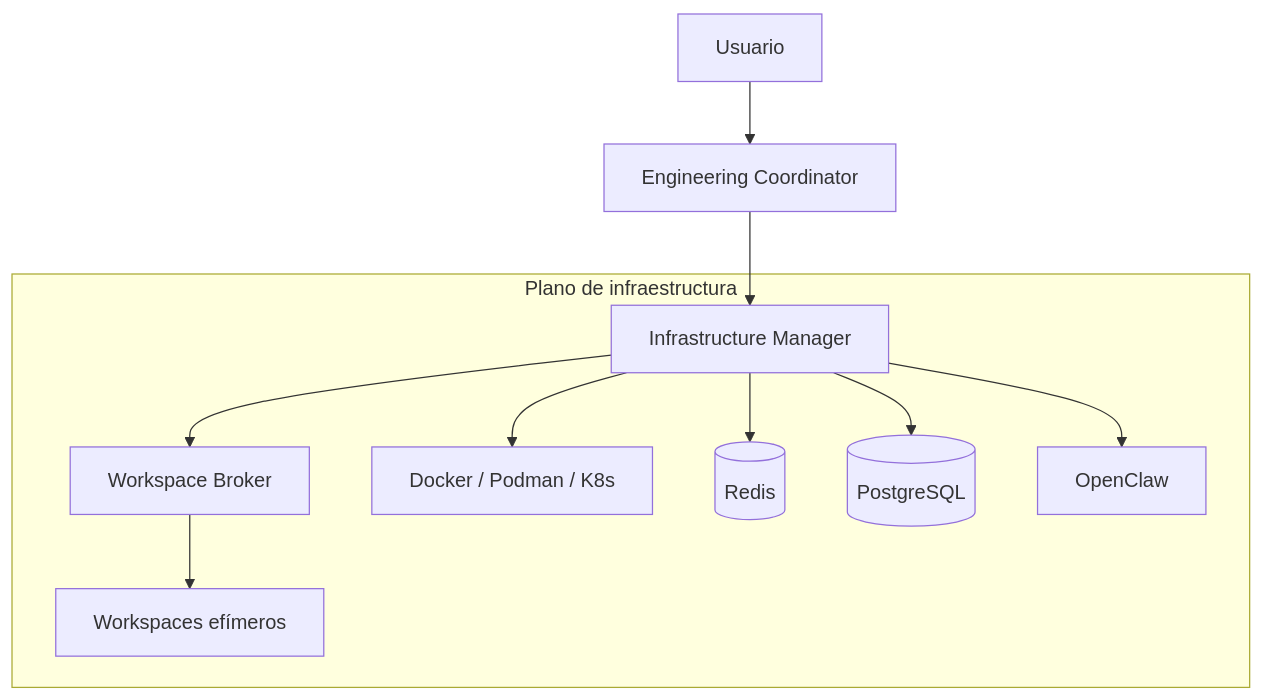
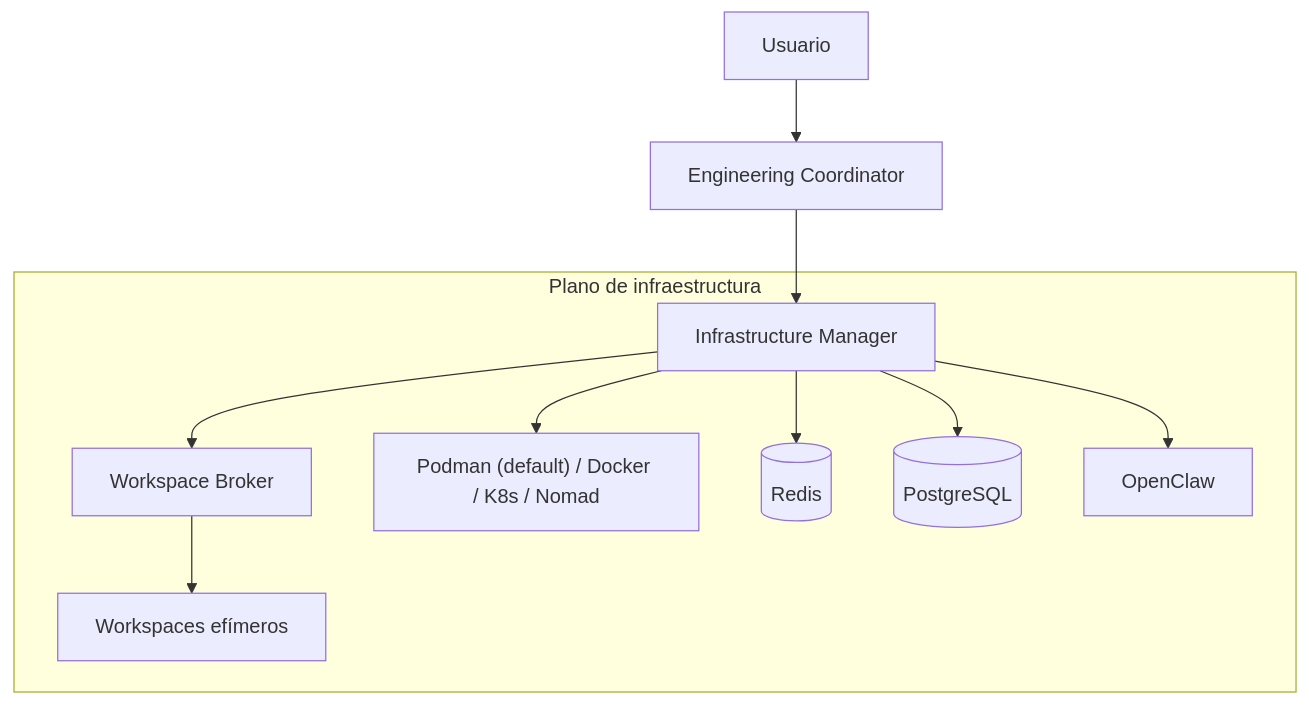
Before and after one commit to osorio-cristian-wt/jafne: the first of 2 diagrams in docs/arquitectura.md, drawn with Mermaid. The commit also changed other lines of this file and 6 other files, not shown here.

````diff
--- a/docs/arquitectura.md
+++ b/docs/arquitectura.md
@@ -28,13 +62,13 @@
 ```mermaid
 flowchart TD
     U[Usuario] --> C[Engineering Coordinator]
     C --> IM[Infrastructure Manager]
     subgraph Infra[Plano de infraestructura]
         IM --> WB[Workspace Broker]
-        IM --> V[Docker / Podman / K8s]
+        IM --> V["Podman (default) / Docker / K8s / Nomad"]
         IM --> R[(Redis)]
         IM --> P[(PostgreSQL)]
         IM --> OC[OpenClaw]
         WB --> WS[Workspaces efímeros]
     end
 ```
````
